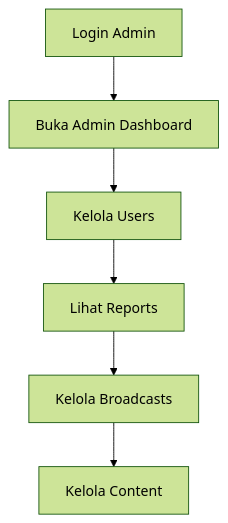
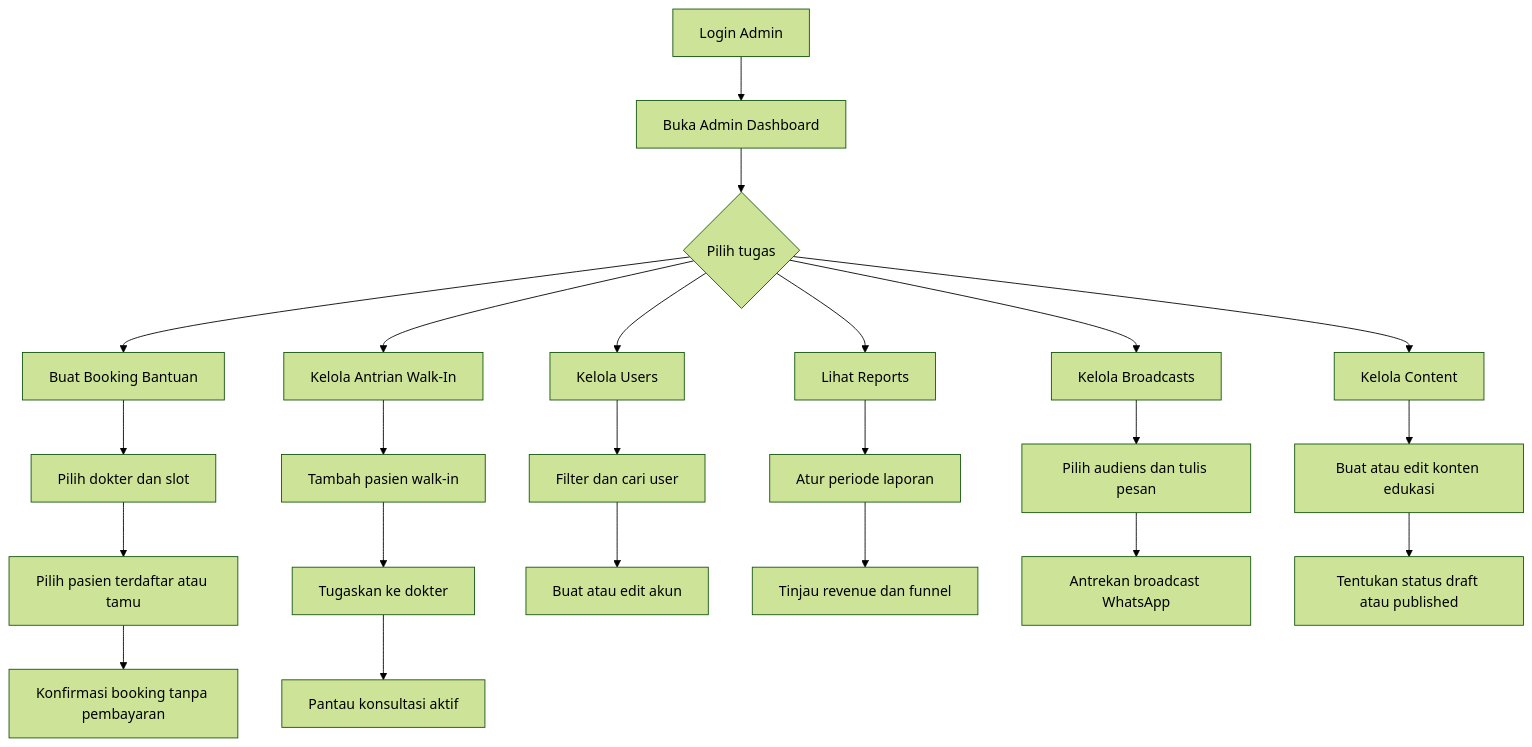
Before and after one commit to ranggacaw/more_apps: the fourth of 4 diagrams in docs/cara_menggunakan_aplikasi.md, drawn with Mermaid (forest theme). The commit also changed other lines of this file and 9 other files, not shown here.

````diff
--- a/docs/cara_menggunakan_aplikasi.md
+++ b/docs/cara_menggunakan_aplikasi.md
@@ -127,8 +130,25 @@
 ```mermaid
 flowchart TD
     A[Login Admin] --> B[Buka Admin Dashboard]
-    B --> C[Kelola Users]
-    C --> D[Lihat Reports]
-    D --> E[Kelola Broadcasts]
-    E --> F[Kelola Content]
+    B --> C{Pilih tugas}
+    C --> C1[Buat Booking Bantuan]
+    C --> C2[Kelola Antrian Walk-In]
+    C --> C3[Kelola Users]
+    C --> C4[Lihat Reports]
+    C --> C5[Kelola Broadcasts]
+    C --> C6[Kelola Content]
+    C1 --> C1a[Pilih dokter dan slot]
+    C1a --> C1b[Pilih pasien terdaftar atau tamu]
+    C1b --> C1c[Konfirmasi booking tanpa pembayaran]
+    C2 --> C2a[Tambah pasien walk-in]
+    C2a --> C2b[Tugaskan ke dokter]
+    C2b --> C2c[Pantau konsultasi aktif]
+    C3 --> C3a[Filter dan cari user]
+    C3a --> C3b[Buat atau edit akun]
+    C4 --> C4a[Atur periode laporan]
+    C4a --> C4b[Tinjau revenue dan funnel]
+    C5 --> C5a[Pilih audiens dan tulis pesan]
+    C5a --> C5b[Antrekan broadcast WhatsApp]
+    C6 --> C6a[Buat atau edit konten edukasi]
+    C6a --> C6b[Tentukan status draft atau published]
 ```
````
